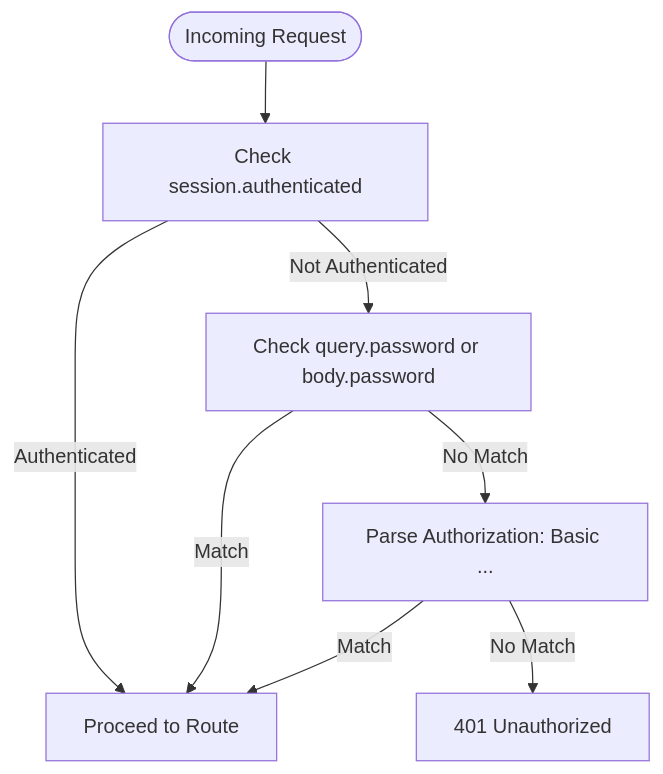
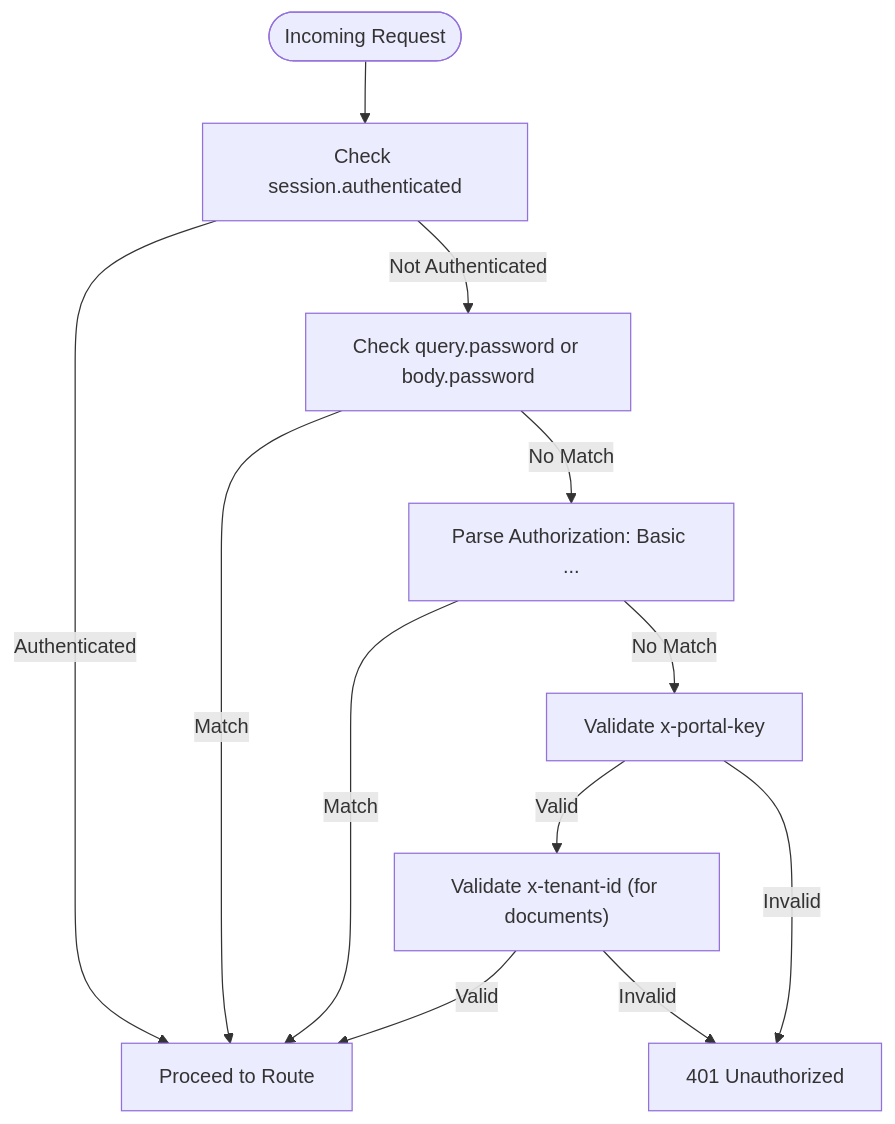
Before and after one commit to askchiwa-spec/FLOW-HQ-BOT: the third of 11 diagrams in .qoder/repowiki/en/content/Control Plane API/Control Plane API.md, drawn with Mermaid. The commit also changed other lines of this file and 27 other files, not shown here.

````diff
--- a/.qoder/repowiki/en/content/Control Plane API/Control Plane API.md
+++ b/.qoder/repowiki/en/content/Control Plane API/Control Plane API.md
@@ -108,10 +128,14 @@
 ```mermaid
 flowchart TD
 Start(["Incoming Request"]) --> CheckSession["Check session.authenticated"]
 CheckSession --> |Authenticated| Allow["Proceed to Route"]
 CheckSession --> |Not Authenticated| CheckQuery["Check query.password or body.password"]
 CheckQuery --> |Match| Allow
 CheckQuery --> |No Match| CheckBasic["Parse Authorization: Basic ..."]
 CheckBasic --> |Match| Allow
-CheckBasic --> |No Match| Deny["401 Unauthorized"]
+CheckBasic --> |No Match| CheckPortalKey["Validate x-portal-key"]
+CheckPortalKey --> |Valid| CheckTenant["Validate x-tenant-id (for documents)"]
+CheckTenant --> |Valid| Allow
+CheckTenant --> |Invalid| Deny["401 Unauthorized"]
+CheckPortalKey --> |Invalid| Deny
 ```
````
